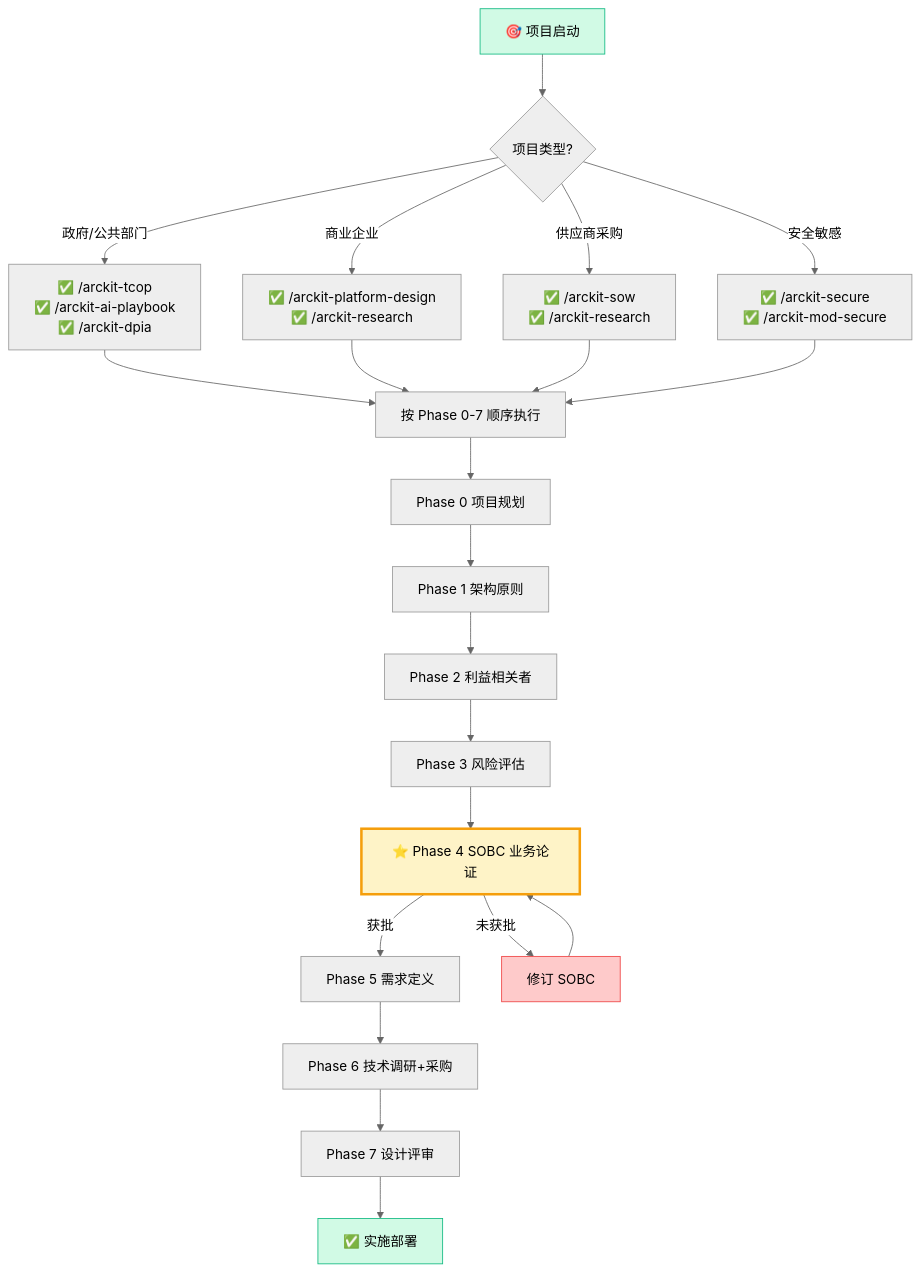
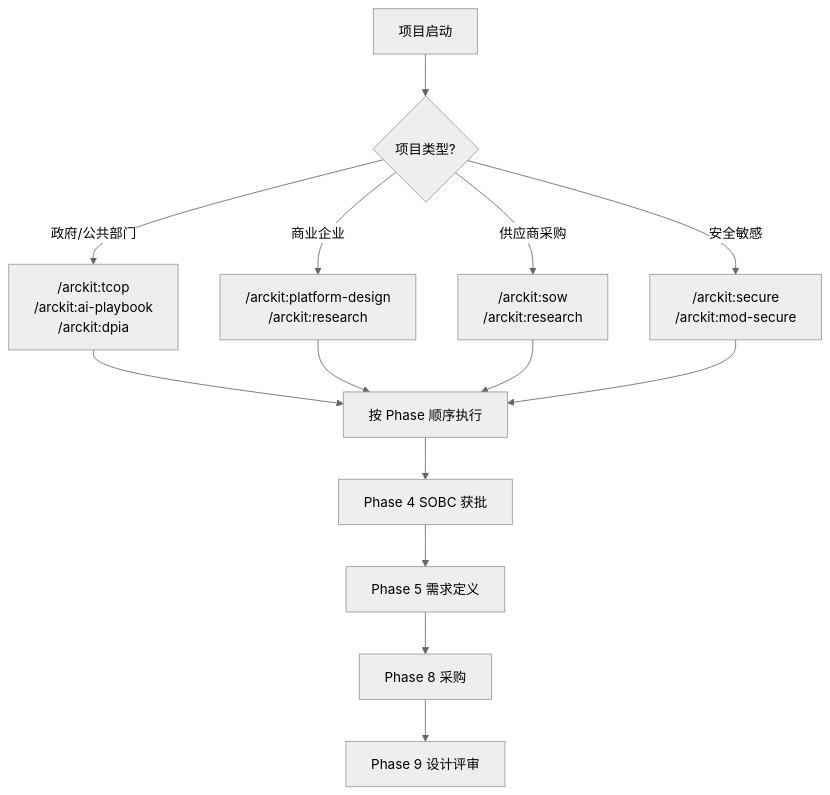
Before and after one commit to A1pha3/text-matrix: the second of 2 diagrams in content/posts/tech/arc-kit-enterprise-architecture-governance.md, drawn with Mermaid (neutral theme). The commit also changed other lines of this file and 331 other files, not shown here.

````diff
--- a/content/posts/tech/arc-kit-enterprise-architecture-governance.md
+++ b/content/posts/tech/arc-kit-enterprise-architecture-governance.md
@@ -559,31 +310,13 @@
 ```mermaid
 flowchart TD
-    START["🎯 项目启动"] --> Q1{项目类型?}
-    Q1 -->|政府/公共部门| GOV["✅ /arckit-tcop
-✅ /arckit-ai-playbook
-✅ /arckit-dpia"]
-    Q1 -->|商业企业| BIZ["✅ /arckit-platform-design
-✅ /arckit-research"]
-    Q1 -->|供应商采购| VENDOR["✅ /arckit-sow
-✅ /arckit-research"]
-    Q1 -->|安全敏感| SEC["✅ /arckit-secure
-✅ /arckit-mod-secure"]
-
-    GOV & BIZ & VENDOR & SEC --> PHASE["按 Phase 0-7 顺序执行"]
-    PHASE --> P0["Phase 0 项目规划"]
-    P0 --> P1["Phase 1 架构原则"]
-    P1 --> P2["Phase 2 利益相关者"]
-    P2 --> P3["Phase 3 风险评估"]
-    P3 --> P4["⭐ Phase 4 SOBC 业务论证"]
-    P4 -->|获批| P5["Phase 5 需求定义"]
-    P4 -->|未获批| REVISE["修订 SOBC"]
-    REVISE --> P4
-    P5 --> P6["Phase 6 技术调研+采购"]
-    P6 --> P7["Phase 7 设计评审"]
-    P7 --> DEPLOY["✅ 实施部署"]
-
-    style START fill:#d1fae5,stroke:#10b981
-    style P4 fill:#fef3c7,stroke:#f59e0b,stroke-width:3px
-    style DEPLOY fill:#d1fae5,stroke:#10b981
-    style REVISE fill:#fecaca,stroke:#ef4444
+    START[项目启动] --> Q1{项目类型?}
+    Q1 -->|政府/公共部门| GOV["/arckit:tcop<br/>/arckit:ai-playbook<br/>/arckit:dpia"]
+    Q1 -->|商业企业| BIZ["/arckit:platform-design<br/>/arckit:research"]
+    Q1 -->|供应商采购| VENDOR["/arckit:sow<br/>/arckit:research"]
+    Q1 -->|安全敏感| SEC["/arckit:secure<br/>/arckit:mod-secure"]
+    GOV & BIZ & VENDOR & SEC --> PHASE[按 Phase 顺序执行]
+    PHASE --> P4[Phase 4 SOBC 获批]
+    P4 --> P5[Phase 5 需求定义]
+    P5 --> P8[Phase 8 采购]
+    P8 --> P9[Phase 9 设计评审]
 ```
````
